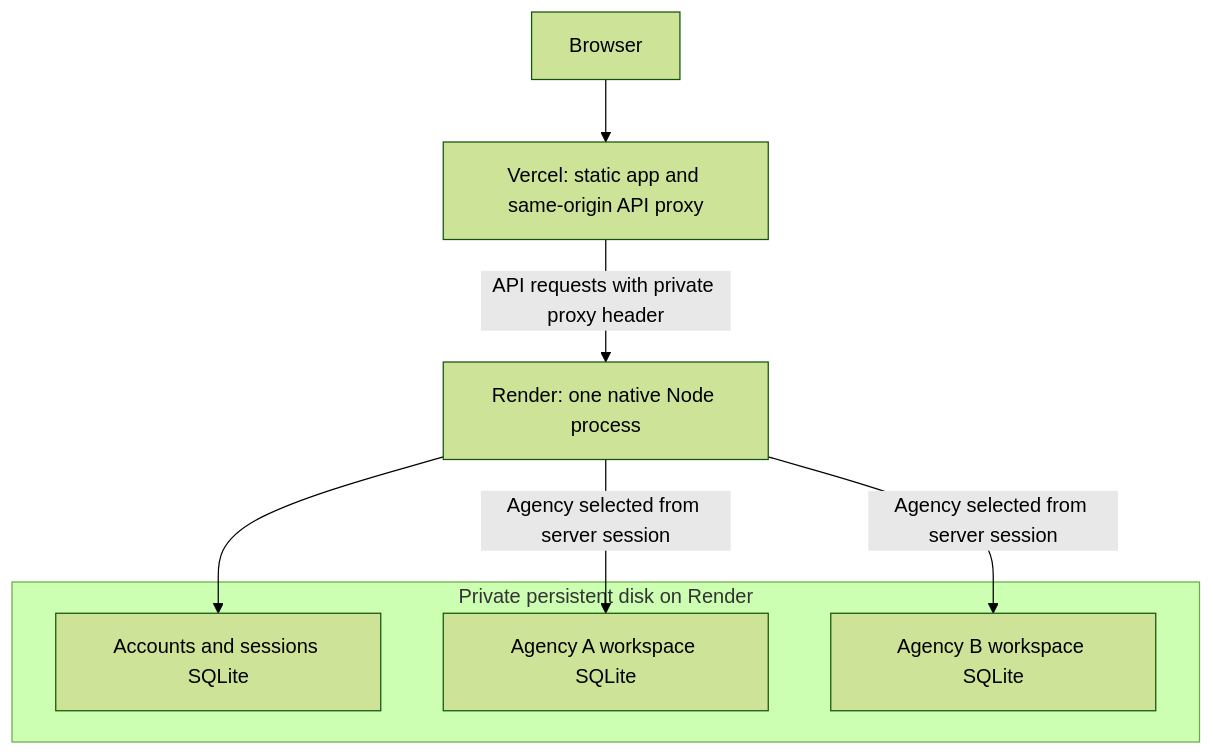
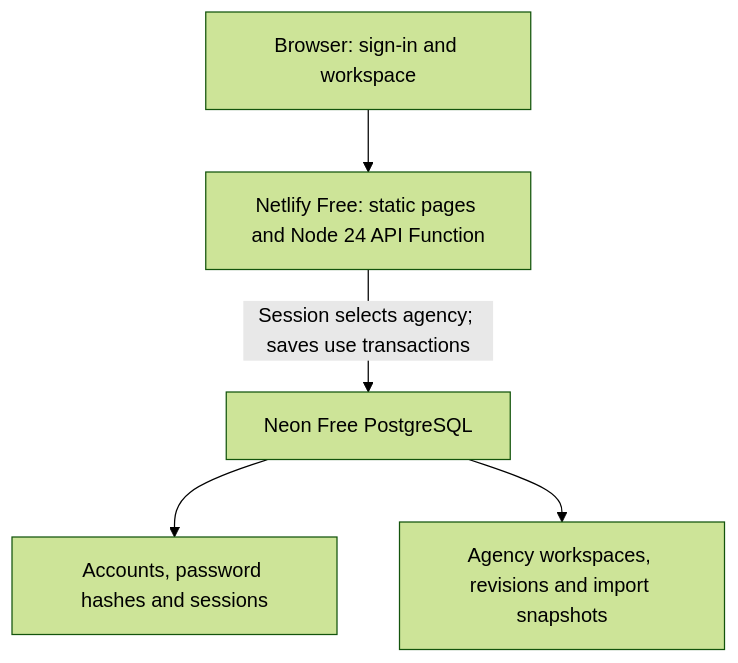
The second of 2 diagrams in README.md (Tanvir284/scopewise), drawn with Mermaid (forest theme) before and after one commit. The commit also changed other lines of this file and 22 other files, not shown here.

Commit message:
Add durable PostgreSQL storage and free hosting guide

````diff
--- a/README.md
+++ b/README.md
@@ -229,13 +230,7 @@
-```mermaid
+~~~mermaid
 flowchart TD
-    U["Browser"] --> V["Vercel: static app and same-origin API proxy"]
-    V -->|"API requests with private proxy header"| N["Render: one native Node process"]
-    subgraph DISK["Private persistent disk on Render"]
-        A["Accounts and sessions SQLite"]
-        W1["Agency A workspace SQLite"]
-        W2["Agency B workspace SQLite"]
-    end
-    N --> A
-    N -->|"Agency selected from server session"| W1
-    N -->|"Agency selected from server session"| W2
-```
+    U["Browser: sign-in and workspace"] --> N["Netlify Free: static pages and Node 24 API Function"]
+    N -->|"Session selects agency; saves use transactions"| P["Neon Free PostgreSQL"]
+    P --> A["Accounts, password hashes and sessions"]
+    P --> W["Agency workspaces, revisions and import snapshots"]
+~~~
````
